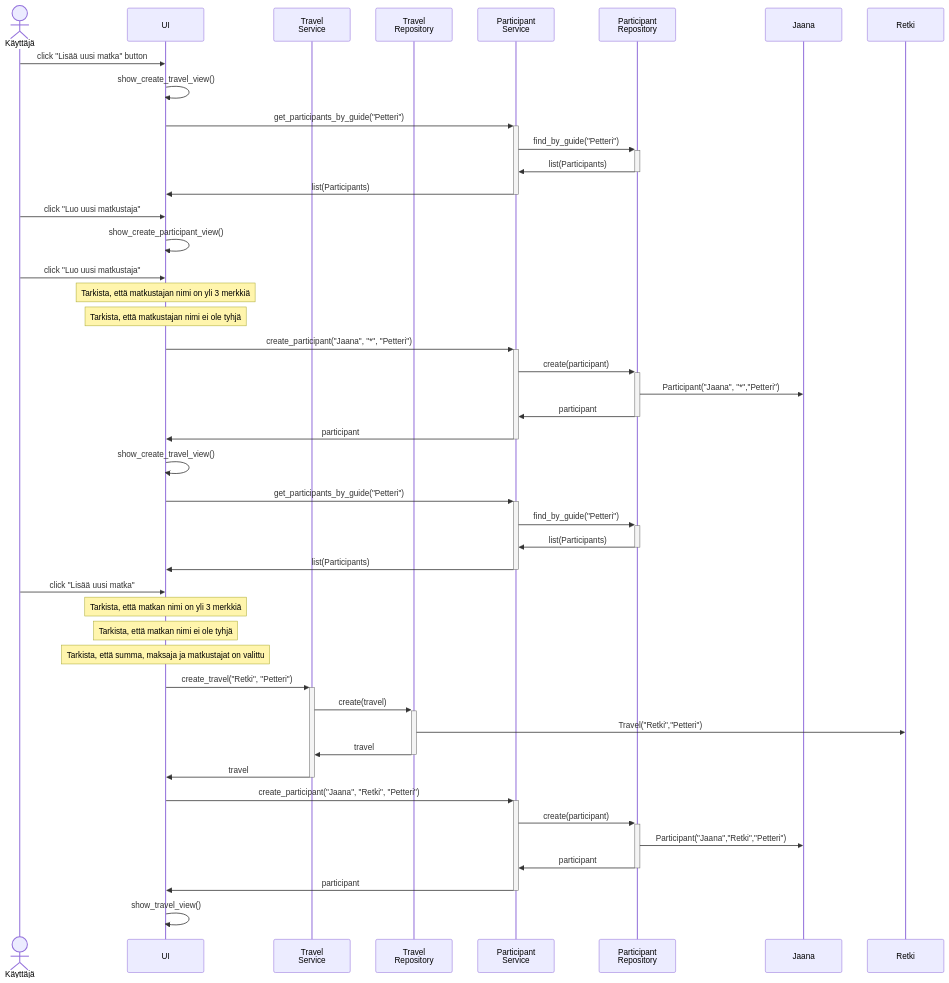
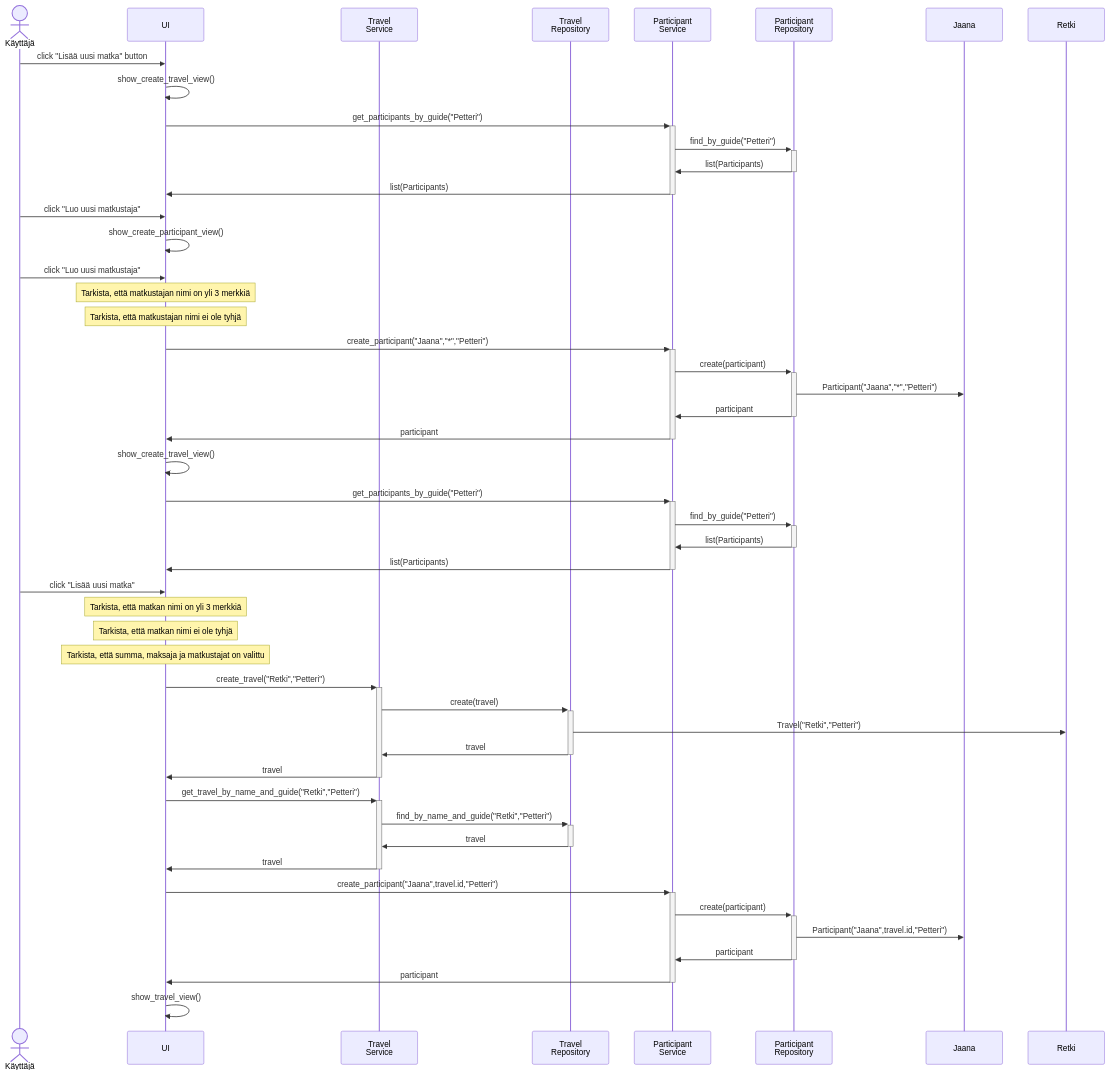
Before and after one commit to phuvio/ot-harjoitustyo: the third of 4 diagrams in travel-expense-calculator-app/dokumentaatio/arkkitehtuuri.md, drawn with Mermaid.

````diff
--- a/travel-expense-calculator-app/dokumentaatio/arkkitehtuuri.md
+++ b/travel-expense-calculator-app/dokumentaatio/arkkitehtuuri.md
@@ -115,48 +115,52 @@
 ```mermaid
  sequenceDiagram
    Actor K as Käyttäjä
    participant U as UI
    participant T as Travel <br> Service
    participant TR as Travel <br> Repository
    participant P as Participant <br> Service
    participant PR as Participant <br> Repository
    participant J as Jaana
    participant M as Retki
    K->>U: click "Lisää uusi matka" button
    U->>U: show_create_travel_view()
    U->>+P: get_participants_by_guide("Petteri")
    P->>+PR: find_by_guide("Petteri")
    PR->>-P: list(Participants)
    P->>-U: list(Participants)
    K->>U: click "Luo uusi matkustaja"
    U->>U: show_create_participant_view()
    K->>U: click "Luo uusi matkustaja"
    Note over U: Tarkista, että matkustajan nimi on yli 3 merkkiä
    Note over U: Tarkista, että matkustajan nimi ei ole tyhjä
-   U->>+P: create_participant("Jaana", "*", "Petteri")
+   U->>+P: create_participant("Jaana","*","Petteri")
    P->>+PR: create(participant)
-   PR->>J: Participant("Jaana", "*","Petteri")
+   PR->>J: Participant("Jaana","*","Petteri")
    PR->>-P: participant
    P->>-U: participant
    U->>U: show_create_travel_view()
    U->>+P: get_participants_by_guide("Petteri")
    P->>+PR: find_by_guide("Petteri")
    PR->>-P: list(Participants)
    P->>-U: list(Participants)
    K->>U: click "Lisää uusi matka"
    Note over U: Tarkista, että matkan nimi on yli 3 merkkiä
    Note over U: Tarkista, että matkan nimi ei ole tyhjä
    Note over U: Tarkista, että summa, maksaja ja matkustajat on valittu
-   U->>+T: create_travel("Retki", "Petteri")
+   U->>+T: create_travel("Retki","Petteri")
    T->>+TR: create(travel)
    TR->>M: Travel("Retki","Petteri")
    TR->>-T: travel
    T->>-U: travel
-   U->>+P: create_participant("Jaana", "Retki", "Petteri")
+   U->>+T: get_travel_by_name_and_guide("Retki","Petteri")
+   T->>+TR: find_by_name_and_guide("Retki","Petteri")
+   TR->>-T: travel
+   T->>-U: travel
+   U->>+P: create_participant("Jaana",travel.id,"Petteri")
    P->>+PR: create(participant)
-   PR->>J: Participant("Jaana","Retki","Petteri")
+   PR->>J: Participant("Jaana",travel.id,"Petteri")
    PR->>-P: participant
    P->>-U: participant
    U->>U: show_travel_view()
 
 ```
````
